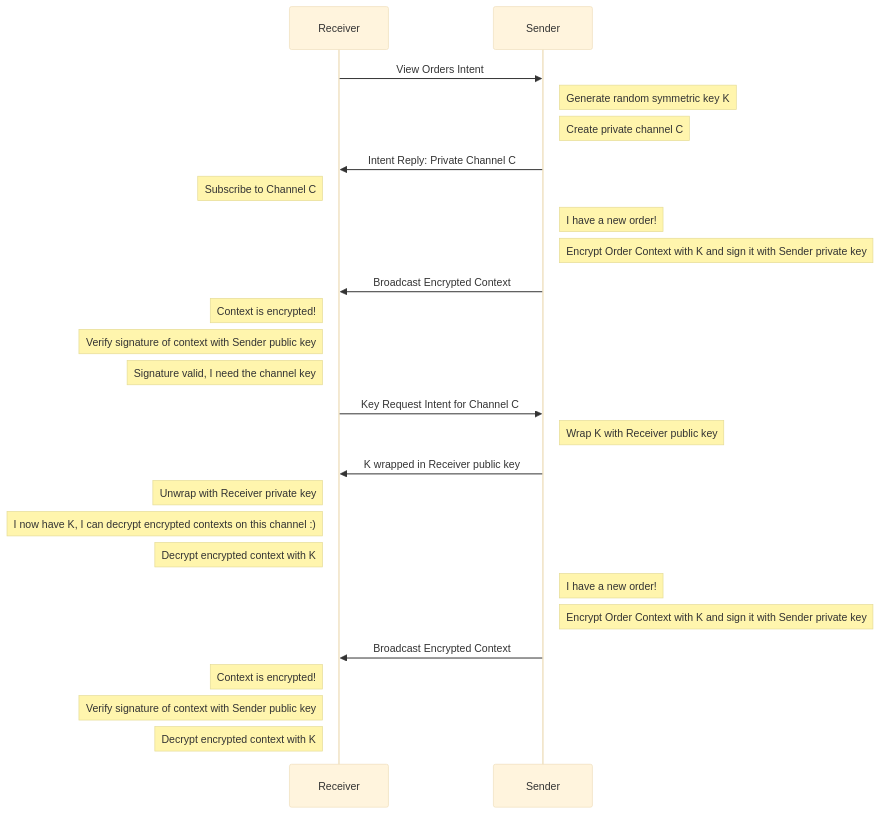
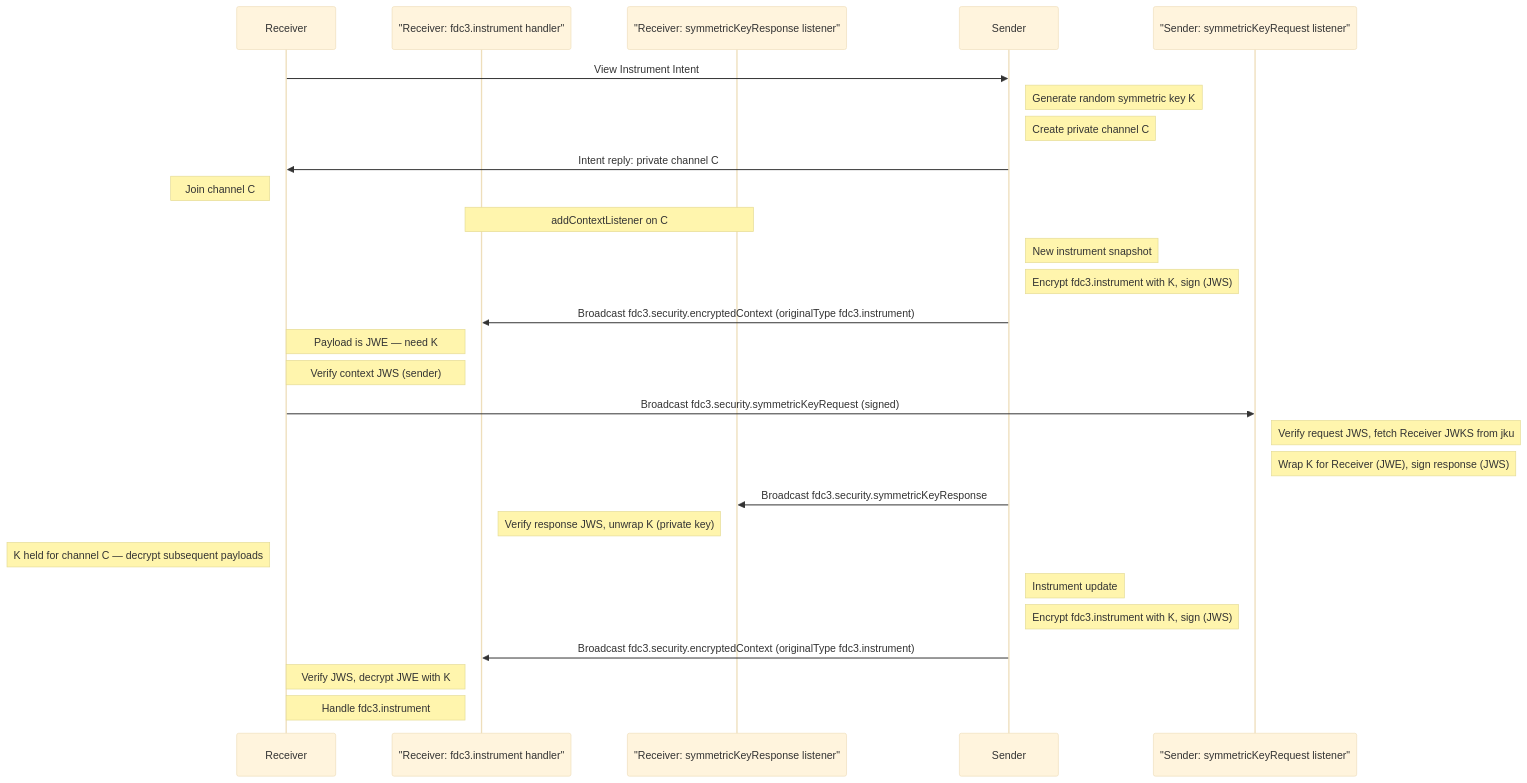
Before and after one commit to finos/FDC3: the third of 4 diagrams in website/docs/api/security.md, drawn with Mermaid (base theme). The commit also changed other lines of this file, not shown here.

Commit message:
improving diagram

````diff
--- a/website/docs/api/security.md
+++ b/website/docs/api/security.md
@@ -299,28 +299,30 @@
 ```mermaid
 sequenceDiagram
-    participant Receiver
-    participant Sender
-    Receiver->>Sender: View Orders Intent
-    note right of Sender: Generate random symmetric key K
-    note right of Sender: Create private channel C
-    Sender->>Receiver: Intent Reply: Private Channel C
-    note left of Receiver: Subscribe to Channel C
-    note right of Sender: I have a new order!
-    note right of Sender: Encrypt Order Context with K and sign it with Sender private key
-    Sender->>Receiver: Broadcast Encrypted Context
-    note left of Receiver: Context is encrypted!
-    note left of Receiver: Verify signature of context with Sender public key
-    note left of Receiver: Signature valid, I need the channel key
-    Receiver->>Sender: Key Request Intent for Channel C
-    note right of Sender: Wrap K with Receiver public key
-    Sender->>Receiver: K wrapped in Receiver public key
-    note left of Receiver: Unwrap with Receiver private key
-    note left of Receiver: I now have K, I can decrypt encrypted contexts on this channel :)
-    note left of Receiver: Decrypt encrypted context with K
-    note right of Sender: I have a new order!
-    note right of Sender: Encrypt Order Context with K and sign it with Sender private key
-    Sender->>Receiver: Broadcast Encrypted Context
-    note left of Receiver: Context is encrypted!
-    note left of Receiver: Verify signature of context with Sender public key
-    note left of Receiver: Decrypt encrypted context with K
+    participant Rx as Receiver
+    participant RxCtx as "Receiver: fdc3.instrument handler"
+    participant RxKey as "Receiver: symmetricKeyResponse listener"
+    participant Sx as Sender
+    participant SxReq as "Sender: symmetricKeyRequest listener"
+    Rx->>Sx: View Instrument Intent
+    note right of Sx: Generate random symmetric key K
+    note right of Sx: Create private channel C
+    Sx->>Rx: Intent reply: private channel C
+    note left of Rx: Join channel C
+    note over RxCtx,RxKey: addContextListener on C
+    note right of Sx: New instrument snapshot
+    note right of Sx: Encrypt fdc3.instrument with K, sign (JWS)
+    Sx->>RxCtx: Broadcast fdc3.security.encryptedContext (originalType fdc3.instrument)
+    note left of RxCtx: Payload is JWE — need K
+    note left of RxCtx: Verify context JWS (sender)
+    Rx->>SxReq: Broadcast fdc3.security.symmetricKeyRequest (signed)
+    note right of SxReq: Verify request JWS, fetch Receiver JWKS from jku
+    note right of SxReq: Wrap K for Receiver (JWE), sign response (JWS)
+    Sx->>RxKey: Broadcast fdc3.security.symmetricKeyResponse
+    note left of RxKey: Verify response JWS, unwrap K (private key)
+    note left of Rx: K held for channel C — decrypt subsequent payloads
+    note right of Sx: Instrument update
+    note right of Sx: Encrypt fdc3.instrument with K, sign (JWS)
+    Sx->>RxCtx: Broadcast fdc3.security.encryptedContext (originalType fdc3.instrument)
+    note left of RxCtx: Verify JWS, decrypt JWE with K
+    note left of RxCtx: Handle fdc3.instrument
 ```
````
